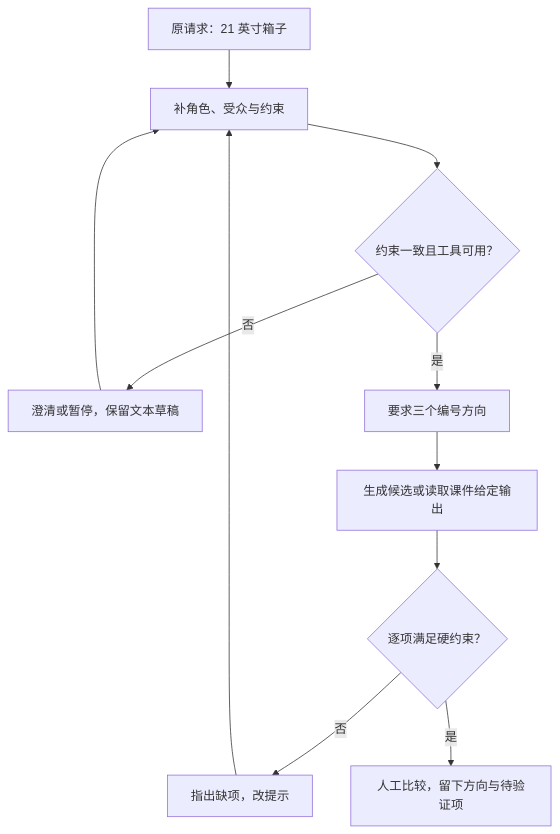
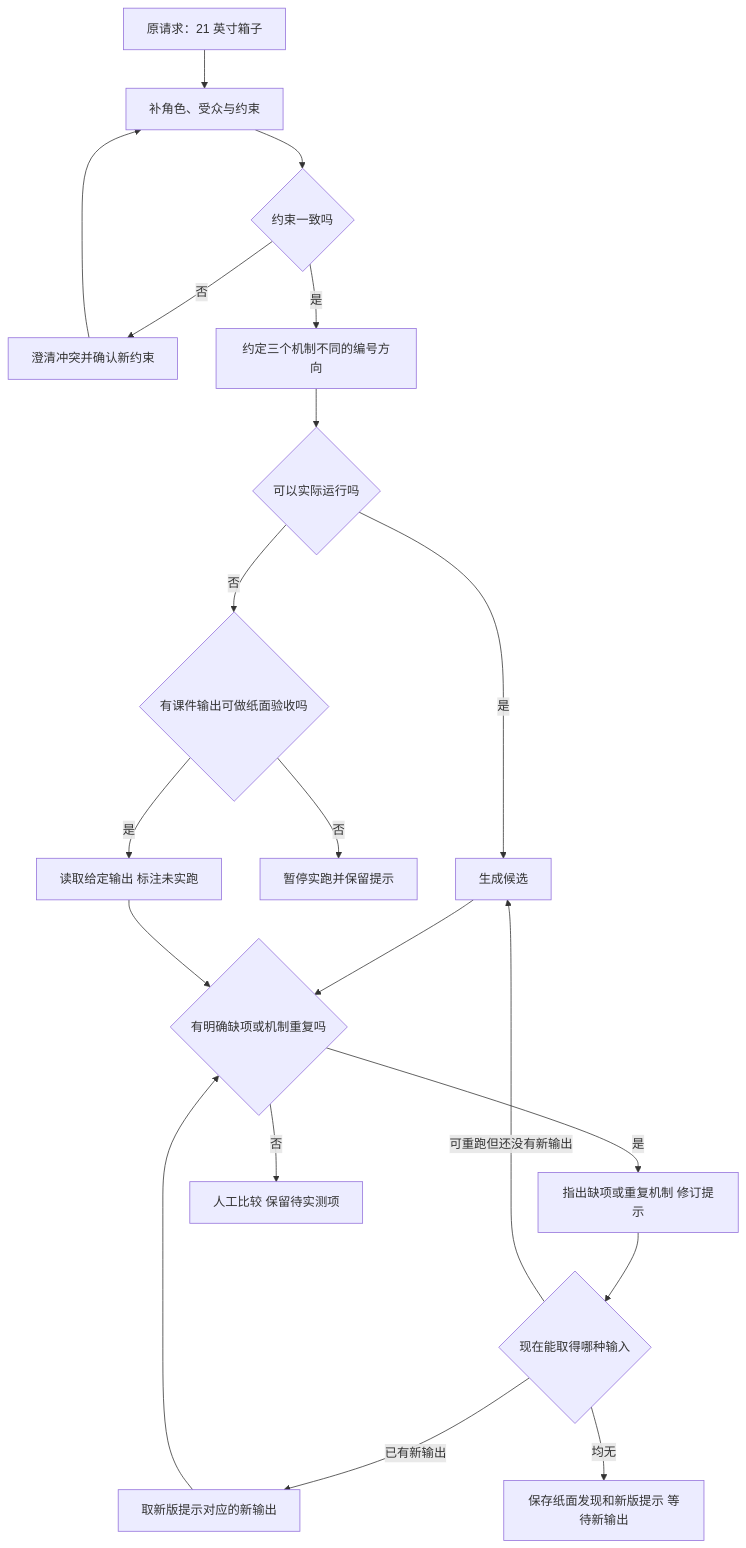
Before and after one commit to CercaTrovato/cityu-ai-course-notes: the first of 7 diagrams in IS5542_GenAI_in_Business/notes/M04-设计思维-业务机会识别与AI创意工作坊.md, drawn with Mermaid. The commit also changed other lines of this file and 2300 other files, not shown here.

First line of the commit message:
完善五课程逐页学习笔记、课件原图与修补规范

````diff
--- a/IS5542_GenAI_in_Business/notes/M04-设计思维-业务机会识别与AI创意工作坊.md
+++ b/IS5542_GenAI_in_Business/notes/M04-设计思维-业务机会识别与AI创意工作坊.md
@@ -400,13 +1010,22 @@
 ```mermaid
 flowchart TD
  A[原请求：21 英寸箱子] --> B[补角色、受众与约束]
- B --> C{约束一致且工具可用？}
- C -- 否 --> D[澄清或暂停，保留文本草稿]
+ B --> C{约束一致吗}
+ C -->|否| D[澄清冲突并确认新约束]
  D --> B
- C -- 是 --> E[要求三个编号方向]
- E --> GEN[生成候选或读取课件给定输出]
- GEN --> F{逐项满足硬约束？}
- F -- 否 --> G[指出缺项，改提示]
- G --> B
- F -- 是 --> H[人工比较，留下方向与待验证项]
+ C -->|是| E[约定三个机制不同的编号方向]
+ E --> T{可以实际运行吗}
+ T -->|是| RUN[生成候选]
+ T -->|否| P{有课件输出可做纸面验收吗}
+ P -->|否| Z[暂停实跑并保留提示]
+ P -->|是| PAPER[读取给定输出 标注未实跑]
+ RUN --> F{有明确缺项或机制重复吗}
+ PAPER --> F
+ F -->|是| G[指出缺项或重复机制 修订提示]
+ G --> Q{现在能取得哪种输入}
+ Q -->|已有新输出| NEW[取新版提示对应的新输出]
+ NEW --> F
+ Q -->|可重跑但还没有新输出| RUN
+ Q -->|均无| Z2[保存纸面发现和新版提示 等待新输出]
+ F -->|否| H[人工比较 保留待实测项]
 ```
````
